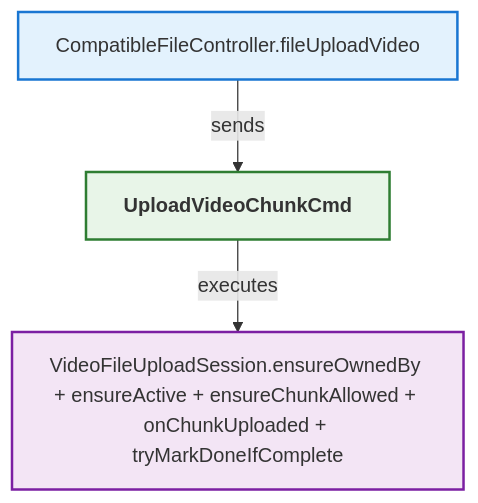
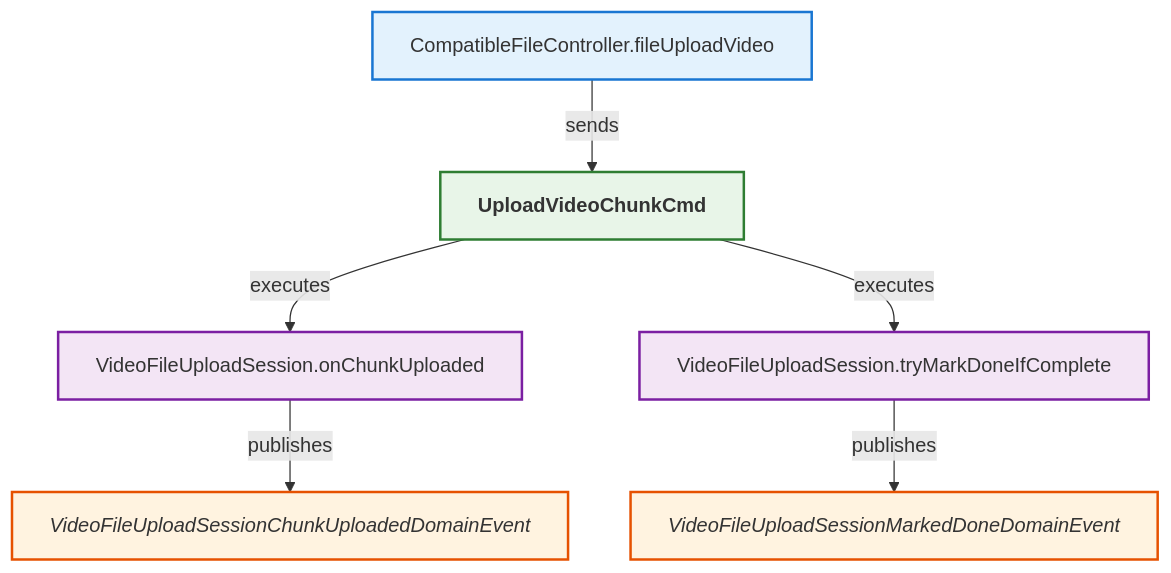
The diagram in analysis/CompatibleFileController_uploadVideo.mmd (LDmoxeii/only-danmuku), drawn with Mermaid before and after one commit. The commit also changed 5 other files, not shown here.

First line of the commit message:
feat(video-upload): 引入视频文件上传会话域事件

```diff
--- a/analysis/CompatibleFileController_uploadVideo.mmd
+++ b/analysis/CompatibleFileController_uploadVideo.mmd
@@ -1,31 +1,40 @@
 flowchart TB
 
     N1["CompatibleFileController.fileUploadVideo"]
     class N1 controllermethod;
 
     C1["UploadVideoChunkCmd"]
     class C1 command;
-    A1["VideoFileUploadSession.ensureOwnedBy + ensureActive + ensureChunkAllowed + onChunkUploaded + tryMarkDoneIfComplete"]
+    A1["VideoFileUploadSession.onChunkUploaded"]
     class A1 entitymethod;
+    E1["VideoFileUploadSessionChunkUploadedDomainEvent"]
+    class E1 domainevent;
+    A2["VideoFileUploadSession.tryMarkDoneIfComplete"]
+    class A2 entitymethod;
+    E2["VideoFileUploadSessionMarkedDoneDomainEvent"]
+    class E2 domainevent;
 
     %% Relationships
     N1 -->|sends| C1
     C1 -->|executes| A1
+    A1 -->|publishes| E1
+    C1 -->|executes| A2
+    A2 -->|publishes| E2
 
     %% Styles
     classDef controller fill:#e3f2fd,stroke:#1565c0,stroke-width:2px,font-weight:bold;
     classDef controllermethod fill:#e3f2fd,stroke:#1976d2,stroke-width:2px;
     classDef endpoint fill:#e3f2fd,stroke:#42a5f5,stroke-width:2px;
     classDef commandsender fill:#e3f2fd,stroke:#1565c0,stroke-width:2px,font-style:italic;
     classDef commandsendermethod fill:#e3f2fd,stroke:#1976d2,stroke-width:2px,font-style:italic;
     classDef command fill:#e8f5e8,stroke:#2e7d32,stroke-width:2px,font-weight:bold;
     classDef commandhandler fill:#e8f5e8,stroke:#388e3c,stroke-width:2px,font-weight:bold;
     classDef aggregate fill:#fff8e1,stroke:#ff8f00,stroke-width:3px,font-weight:bold;
     classDef entitymethod fill:#f3e5f5,stroke:#7b1fa2,stroke-width:2px;
     classDef domainevent fill:#fff3e0,stroke:#e65100,stroke-width:2px,font-style:italic;
     classDef domaineventhandler fill:#fff3e0,stroke:#ef6c00,stroke-width:2px,font-weight:bold;
     classDef integrationevent fill:#fce4ec,stroke:#880e4f,stroke-width:2px;
     classDef integrationeventhandler fill:#fce4ec,stroke:#ad1457,stroke-width:2px,font-weight:bold;
     classDef integrationeventconverter fill:#e3f2fd,stroke:#0277bd,stroke-width:2px;
     classDef repo fill:#d6dbdf,stroke:#85929e,stroke-width:2px;
     classDef uow fill:#f2f4f4,stroke:#7f8c8d,stroke-width:2px;
```
